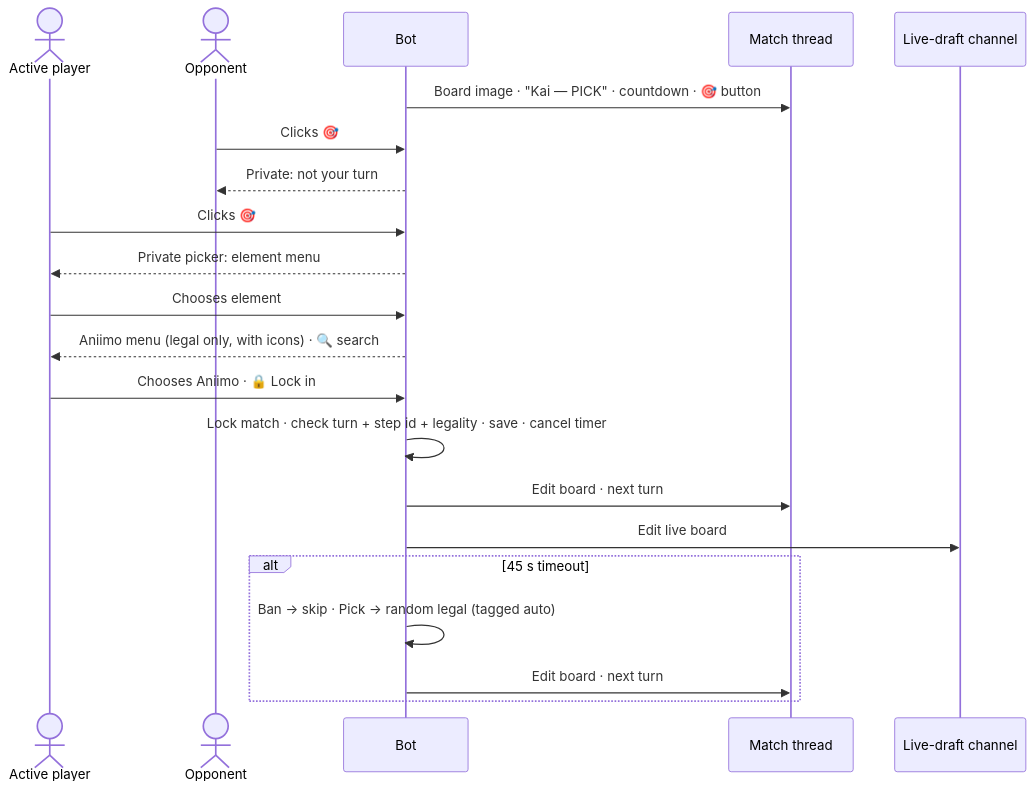
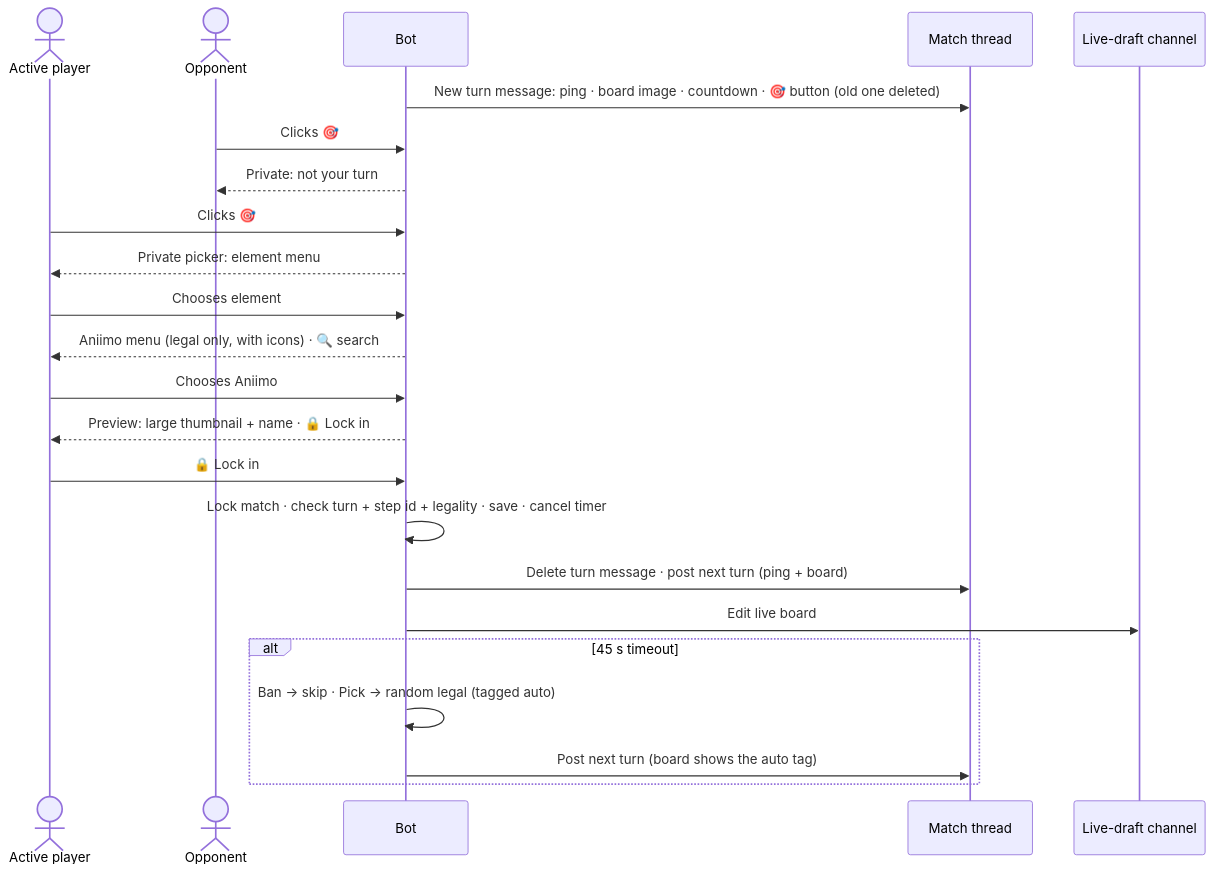
Before and after one commit to lunaxoniichan/aniimo-pvp: the seventh of 9 diagrams in docs/SYSTEM_DESIGN.md, drawn with Mermaid. The commit also changed other lines of this file and 1 other file, not shown here.

````diff
--- a/docs/SYSTEM_DESIGN.md
+++ b/docs/SYSTEM_DESIGN.md
@@ -230,23 +261,25 @@
 ```mermaid
 sequenceDiagram
   actor P as Active player
   actor O as Opponent
   participant Bot
   participant T as Match thread
   participant L as Live-draft channel
-  Bot->>T: Board image · "Kai — PICK" · countdown · 🎯 button
+  Bot->>T: New turn message: ping · board image · countdown · 🎯 button (old one deleted)
   O->>Bot: Clicks 🎯
   Bot-->>O: Private: not your turn
   P->>Bot: Clicks 🎯
   Bot-->>P: Private picker: element menu
   P->>Bot: Chooses element
   Bot-->>P: Aniimo menu (legal only, with icons) · 🔍 search
-  P->>Bot: Chooses Aniimo · 🔒 Lock in
+  P->>Bot: Chooses Aniimo
+  Bot-->>P: Preview: large thumbnail + name · 🔒 Lock in
+  P->>Bot: 🔒 Lock in
   Bot->>Bot: Lock match · check turn + step id + legality · save · cancel timer
-  Bot->>T: Edit board · next turn
+  Bot->>T: Delete turn message · post next turn (ping + board)
   Bot->>L: Edit live board
   alt 45 s timeout
     Bot->>Bot: Ban → skip · Pick → random legal (tagged auto)
-    Bot->>T: Edit board · next turn
+    Bot->>T: Post next turn (board shows the auto tag)
   end
 ```
````
